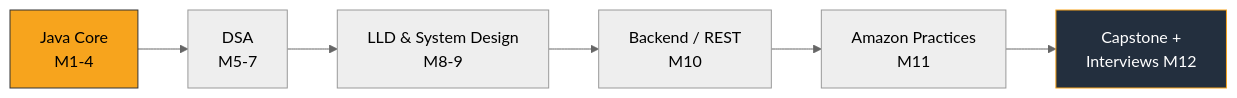
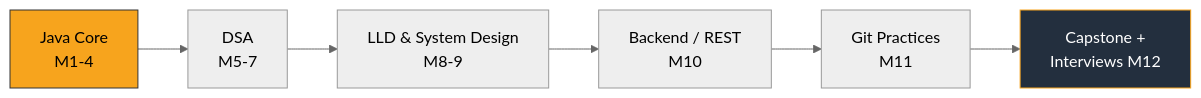
The diagram in README.md (rubeshsv/java-developer-bible), drawn with Mermaid (neutral theme) before and after one commit. The commit also changed other lines of this file, not shown here.

Commit message:
docs: update README with badges, mermaid roadmap, stats, Day 5

````diff
--- a/README.md
+++ b/README.md
@@ -36,10 +36,10 @@
 ```mermaid
 graph LR
     A[Java Core<br/>M1-4] --> B[DSA<br/>M5-7]
     B --> C[LLD & System Design<br/>M8-9]
     C --> D[Backend / REST<br/>M10]
-    D --> E[Amazon Practices<br/>M11]
+    D --> E[Git Practices<br/>M11]
     E --> F[Capstone +<br/>Interviews M12]
     style A fill:#F7A41D,stroke:#333,color:#000
     style F fill:#232F3E,stroke:#F7A41D,color:#fff
 ```
````
